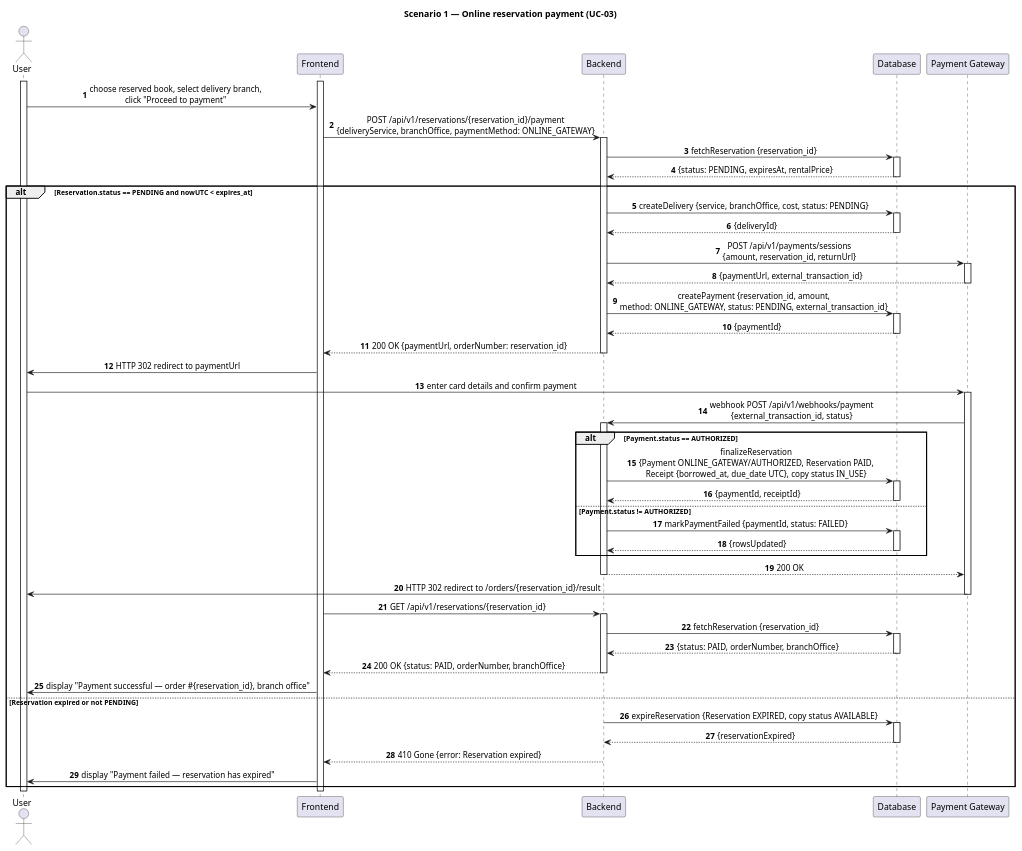
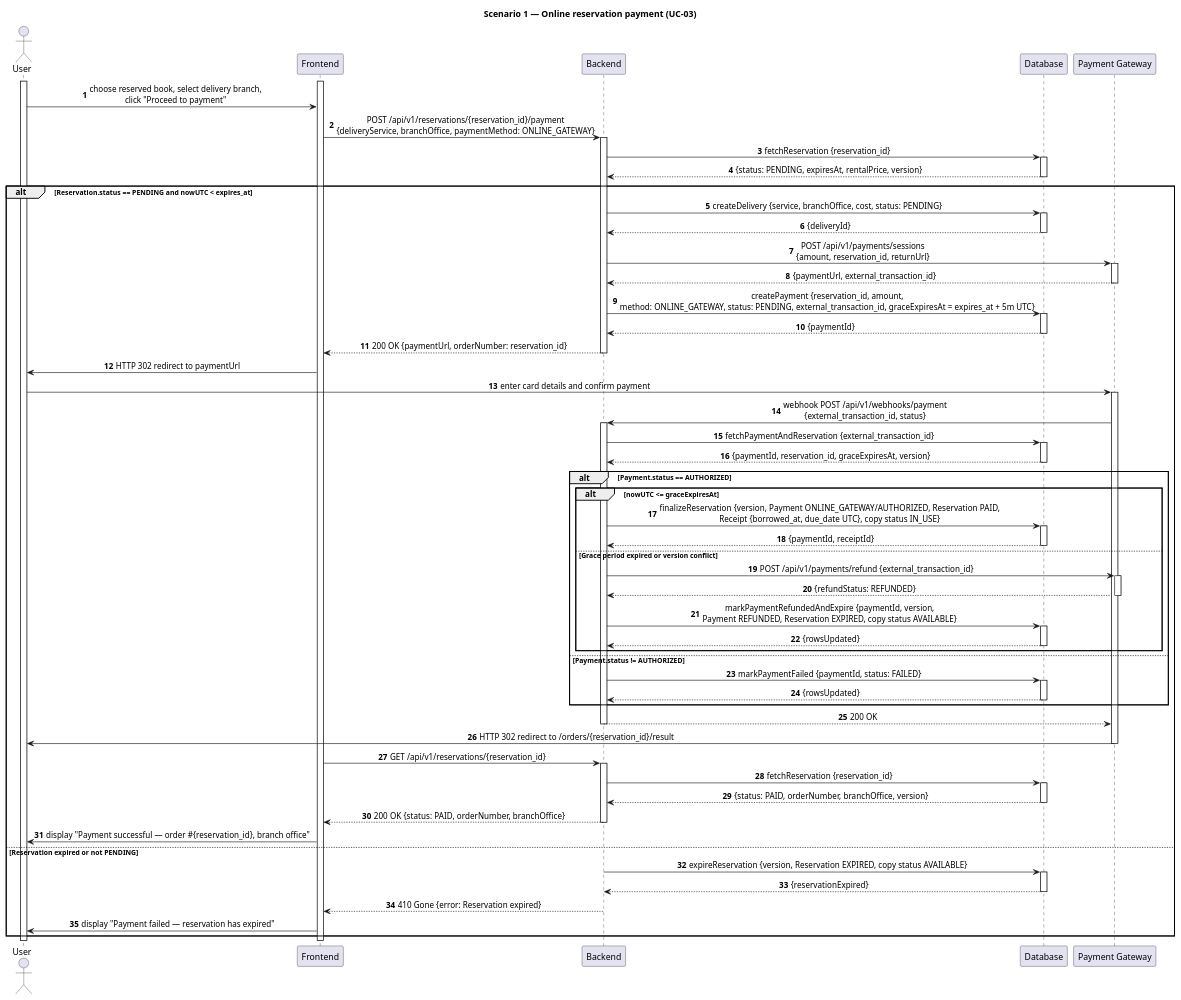
Before and after one commit to dimpennn/KPI-2: the diagram in Lab3/artifacts/scenario-1.puml, drawn with PlantUML. The commit also changed 3 other files, not shown here.

```diff
--- a/Lab3/artifacts/scenario-1.puml
+++ b/Lab3/artifacts/scenario-1.puml
@@ -1,91 +1,108 @@
 @startuml
 title Scenario 1 — Online reservation payment (UC-03)
 skinparam sequenceMessageAlign center
 
 actor "User" as User
 participant "Frontend" as Frontend
 participant "Backend" as Backend
 participant "Database" as Database
 participant "Payment Gateway" as Gateway
 
 autonumber
 
 activate User
 activate Frontend
 
 User -> Frontend: choose reserved book, select delivery branch,\nclick "Proceed to payment"
 Frontend -> Backend: POST /api/v1/reservations/{reservation_id}/payment\n{deliveryService, branchOffice, paymentMethod: ONLINE_GATEWAY}
 activate Backend
 
 Backend -> Database: fetchReservation {reservation_id}
 activate Database
-Database --> Backend: {status: PENDING, expiresAt, rentalPrice}
+Database --> Backend: {status: PENDING, expiresAt, rentalPrice, version}
 deactivate Database
 
 alt Reservation.status == PENDING and nowUTC < expires_at
   Backend -> Database: createDelivery {service, branchOffice, cost, status: PENDING}
   activate Database
   Database --> Backend: {deliveryId}
   deactivate Database
 
   Backend -> Gateway: POST /api/v1/payments/sessions\n{amount, reservation_id, returnUrl}
   activate Gateway
   Gateway --> Backend: {paymentUrl, external_transaction_id}
   deactivate Gateway
 
-  Backend -> Database: createPayment {reservation_id, amount,\nmethod: ONLINE_GATEWAY, status: PENDING, external_transaction_id}
+  Backend -> Database: createPayment {reservation_id, amount,\nmethod: ONLINE_GATEWAY, status: PENDING, external_transaction_id, graceExpiresAt = expires_at + 5m UTC}
   activate Database
   Database --> Backend: {paymentId}
   deactivate Database
 
   Backend --> Frontend: 200 OK {paymentUrl, orderNumber: reservation_id}
   deactivate Backend
 
   Frontend -> User: HTTP 302 redirect to paymentUrl
 
   User -> Gateway: enter card details and confirm payment
   activate Gateway
   Gateway -> Backend: webhook POST /api/v1/webhooks/payment\n{external_transaction_id, status}
   activate Backend
 
+  Backend -> Database: fetchPaymentAndReservation {external_transaction_id}
+  activate Database
+  Database --> Backend: {paymentId, reservation_id, graceExpiresAt, version}
+  deactivate Database
+
   alt Payment.status == AUTHORIZED
-    Backend -> Database: finalizeReservation\n{Payment ONLINE_GATEWAY/AUTHORIZED, Reservation PAID,\nReceipt {borrowed_at, due_date UTC}, copy status IN_USE}
-    activate Database
-    Database --> Backend: {paymentId, receiptId}
-    deactivate Database
+    alt nowUTC <= graceExpiresAt
+      Backend -> Database: finalizeReservation {version, Payment ONLINE_GATEWAY/AUTHORIZED, Reservation PAID,\nReceipt {borrowed_at, due_date UTC}, copy status IN_USE}
+      activate Database
+      Database --> Backend: {paymentId, receiptId}
+      deactivate Database
+    else Grace period expired or version conflict
+      Backend -> Gateway: POST /api/v1/payments/refund {external_transaction_id}
+      activate Gateway
+      Gateway --> Backend: {refundStatus: REFUNDED}
+      deactivate Gateway
+
+      Backend -> Database: markPaymentRefundedAndExpire {paymentId, version,\nPayment REFUNDED, Reservation EXPIRED, copy status AVAILABLE}
+      activate Database
+      Database --> Backend: {rowsUpdated}
+      deactivate Database
+    end
   else Payment.status != AUTHORIZED
     Backend -> Database: markPaymentFailed {paymentId, status: FAILED}
     activate Database
     Database --> Backend: {rowsUpdated}
     deactivate Database
   end
 
   Backend --> Gateway: 200 OK
   deactivate Backend
 
   Gateway -> User: HTTP 302 redirect to /orders/{reservation_id}/result
   deactivate Gateway
 
   Frontend -> Backend: GET /api/v1/reservations/{reservation_id}
   activate Backend
   Backend -> Database: fetchReservation {reservation_id}
   activate Database
-  Database --> Backend: {status: PAID, orderNumber, branchOffice}
+  Database --> Backend: {status: PAID, orderNumber, branchOffice, version}
   deactivate Database
   Backend --> Frontend: 200 OK {status: PAID, orderNumber, branchOffice}
   deactivate Backend
 
   Frontend -> User: display "Payment successful — order #{reservation_id}, branch office"
 else Reservation expired or not PENDING
-  Backend -> Database: expireReservation {Reservation EXPIRED, copy status AVAILABLE}
+  Backend -> Database: expireReservation {version, Reservation EXPIRED, copy status AVAILABLE}
   activate Database
   Database --> Backend: {reservationExpired}
   deactivate Database
   Backend --> Frontend: 410 Gone {error: Reservation expired}
   deactivate Backend
   Frontend -> User: display "Payment failed — reservation has expired"
 end
 
 deactivate Frontend
 deactivate User
 @enduml
```
